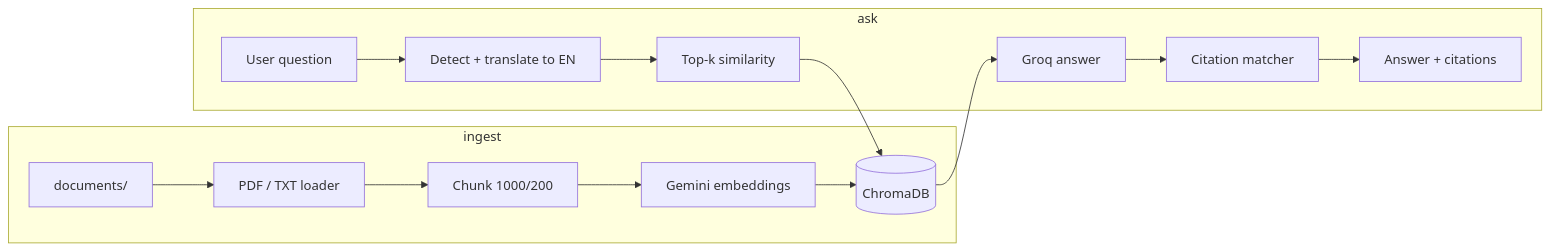
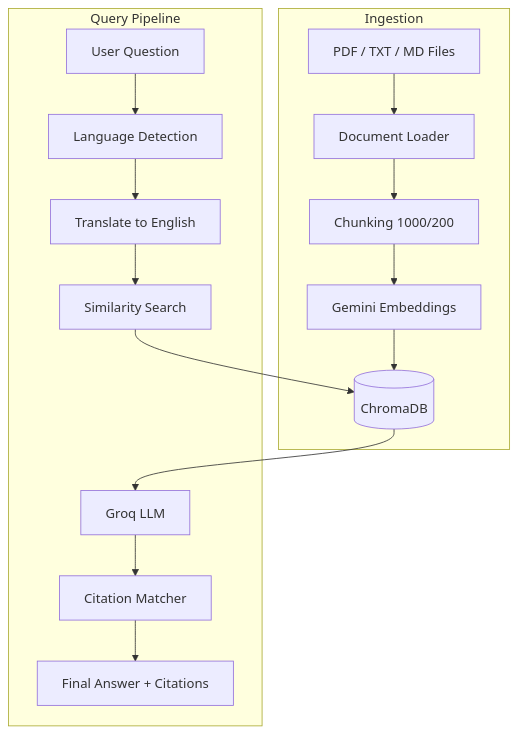
The first of 2 diagrams in README.md (Vaidik-Pipaliya/potens-intern-ai-vaidik-pipaliya), drawn with Mermaid before and after one commit. The commit also changed other lines of this file, not shown here.

````diff
--- a/README.md
+++ b/README.md
@@ -145,17 +73,27 @@
 ```mermaid
-flowchart LR
-  subgraph ingest
-    Docs[documents/] --> Load[PDF / TXT loader]
-    Load --> Split[Chunk 1000/200]
-    Split --> Embed[Gemini embeddings]
-    Embed --> Chroma[(ChromaDB)]
-  end
-  subgraph ask
-    Q[User question] --> Lang[Detect + translate to EN]
-    Lang --> Ret[Top-k similarity]
-    Ret --> Chroma
-    Chroma --> LLM[Groq answer]
-    LLM --> Cit[Citation matcher]
-    Cit --> Out[Answer + citations]
-  end
+flowchart TD
+
+    subgraph Ingestion
+        A[PDF / TXT / MD Files]
+        B[Document Loader]
+        C[Chunking 1000/200]
+        D[Gemini Embeddings]
+        E[(ChromaDB)]
+
+        A --> B --> C --> D --> E
+    end
+
+    subgraph Query Pipeline
+        F[User Question]
+        G[Language Detection]
+        H[Translate to English]
+        I[Similarity Search]
+        J[Groq LLM]
+        K[Citation Matcher]
+        L[Final Answer + Citations]
+
+        F --> G --> H --> I
+        I --> E
+        E --> J --> K --> L
+    end
 ```
````
